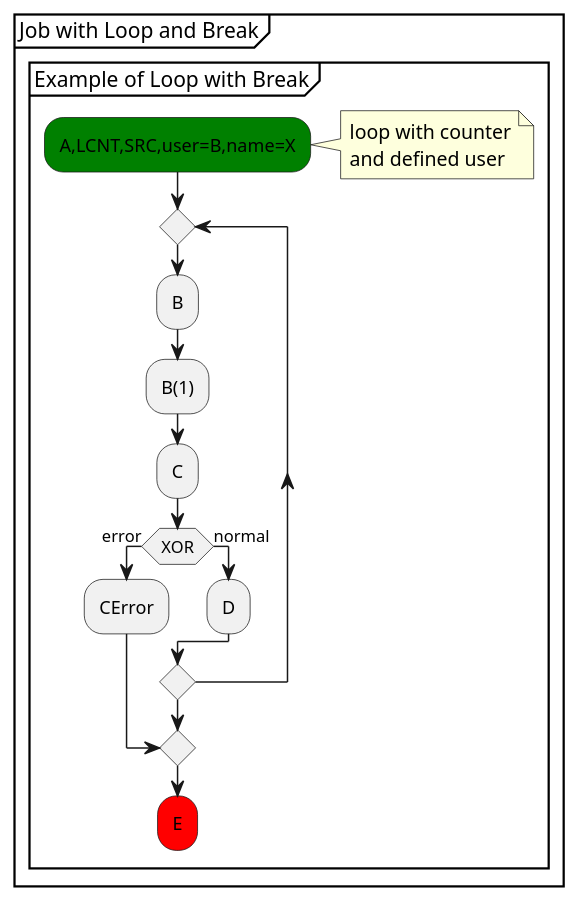
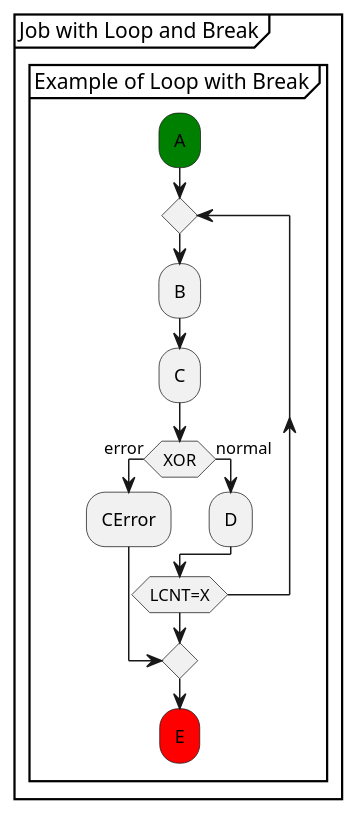
Before and after one commit to xtuml/munin: the diagram in models/SequenceVerificationDataCentric/puml/Tutorial_18.puml, drawn with PlantUML. The commit also changed 9 other files, not shown here.

```diff
--- a/models/SequenceVerificationDataCentric/puml/Tutorial_18.puml
+++ b/models/SequenceVerificationDataCentric/puml/Tutorial_18.puml
@@ -1,23 +1,18 @@
 @startuml
 partition "Job with Loop and Break" {
   group "Example of Loop with Break"
-    #green:A,LCNT,SRC,user=B,name=X;
-    note right 
-      loop with counter
-      and defined user
-    end note
+    #green:A;
     repeat
       :B;
-      :B(1);
       :C;
       if (XOR) then (error)
         :CError;
         break
       else (normal)
         :D;
       endif
-    repeat while
+    repeat while (LCNT=X)
     #red:E;
   end group
 }
 @enduml
```
